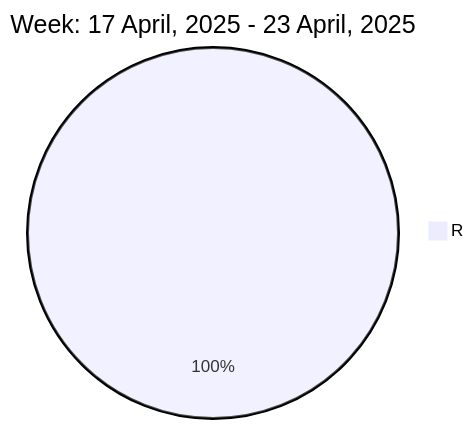
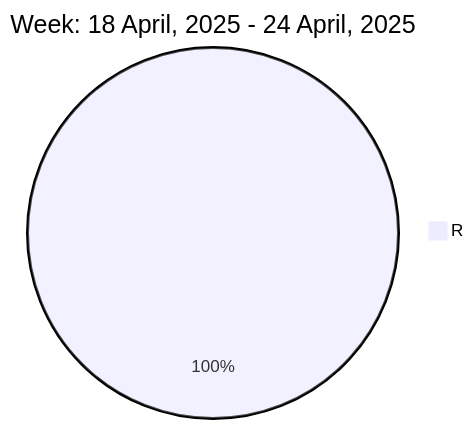
The diagram in README.md (liubin95/liubin95), drawn with Mermaid before and after one commit.

Commit message:
Updated the Graph with new Metrics

````diff
--- a/README.md
+++ b/README.md
@@ -37,5 +37,5 @@
 ```mermaid
  pie
-title Week: 17 April, 2025 - 23 April, 2025
+title Week: 18 April, 2025 - 24 April, 2025
  "R" : 2.42
 ```
````
